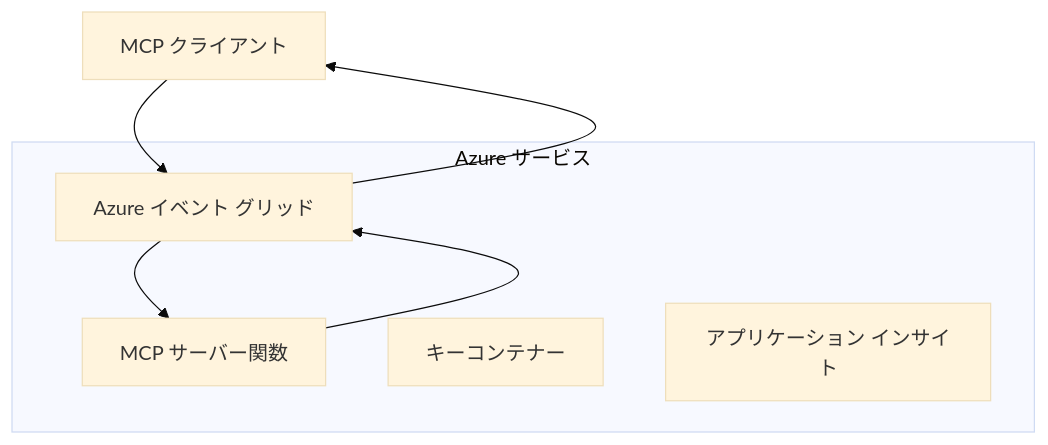
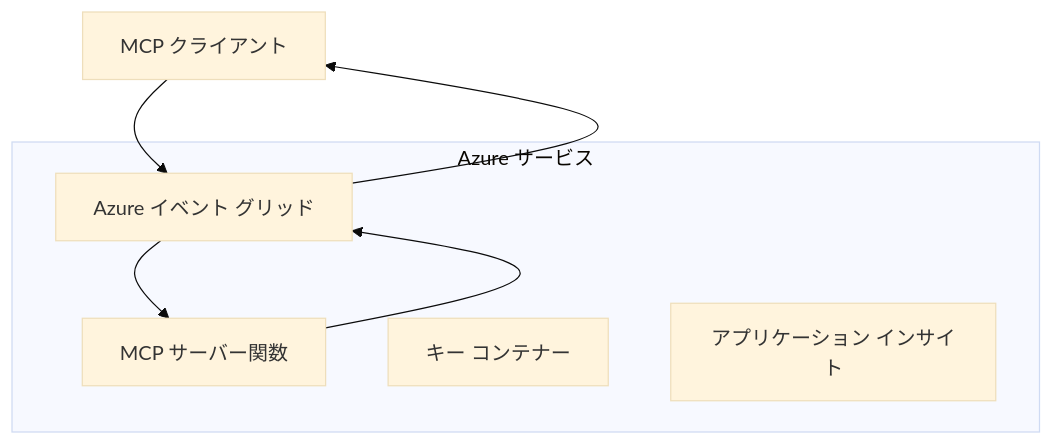
One commit to HIDORAKAI002/ai-workspace-archive changed the first of 2 diagrams in mcp_ecosystem__model_context_protocol/mcp_learning_resources/mcp-for-beginners/translations/ja/05-AdvancedTopics/mcp-transport/README.md. Above: the diagram before and after it, drawn with Mermaid (base theme). The commit also changed other lines of this file and 1046 other files, not shown here.

````diff
--- a/mcp_ecosystem__model_context_protocol/mcp_learning_resources/mcp-for-beginners/translations/ja/05-AdvancedTopics/mcp-transport/README.md
+++ b/mcp_ecosystem__model_context_protocol/mcp_learning_resources/mcp-for-beginners/translations/ja/05-AdvancedTopics/mcp-transport/README.md
@@ -58,14 +60,14 @@
 ```mermaid
 graph TB
     Client[MCP クライアント] --> EG[Azure イベント グリッド]
     EG --> Server[MCP サーバー関数]
     Server --> EG
     EG --> Client
     
     subgraph "Azure サービス"
         EG
         Server
-        KV[キーコンテナー]
+        KV[キー コンテナー]
         Monitor[アプリケーション インサイト]
     end
 ```
````
